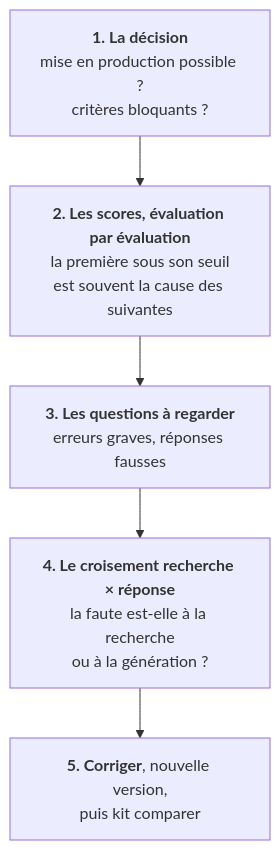
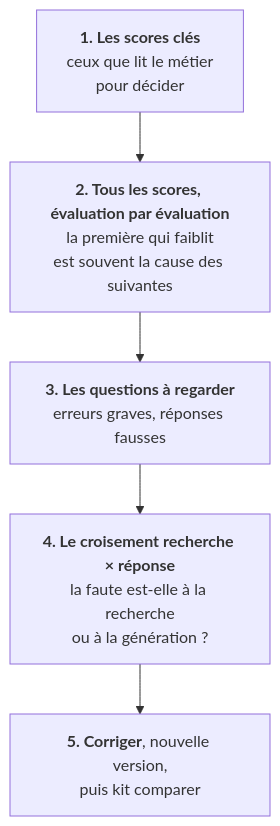
The diagram in service-evaluation/documentation/5_resultats_et_comparaison.md (floSa/RAG-Evaluation), drawn with Mermaid before and after one commit. The commit also changed other lines of this file and 14 other files, not shown here.

Commit message:
Guides du service : plus de seuils, scores clés lus par le métier, sources d'application

````diff
--- a/service-evaluation/documentation/5_resultats_et_comparaison.md
+++ b/service-evaluation/documentation/5_resultats_et_comparaison.md
@@ -5,7 +5,7 @@
 ```mermaid
 flowchart TD
-    D["<b>1. La décision</b><br/>mise en production possible ?<br/>critères bloquants ?"] --> S["<b>2. Les scores, évaluation par évaluation</b><br/>la première sous son seuil<br/>est souvent la cause des suivantes"]
+    D["<b>1. Les scores clés</b><br/>ceux que lit le métier<br/>pour décider"] --> S["<b>2. Tous les scores, évaluation par évaluation</b><br/>la première qui faiblit<br/>est souvent la cause des suivantes"]
     S --> Q["<b>3. Les questions à regarder</b><br/>erreurs graves, réponses fausses"]
     Q --> C["<b>4. Le croisement recherche × réponse</b><br/>la faute est-elle à la recherche<br/>ou à la génération ?"]
     C --> F["<b>5. Corriger</b>, nouvelle version,<br/>puis kit comparer"]
 ```
````
